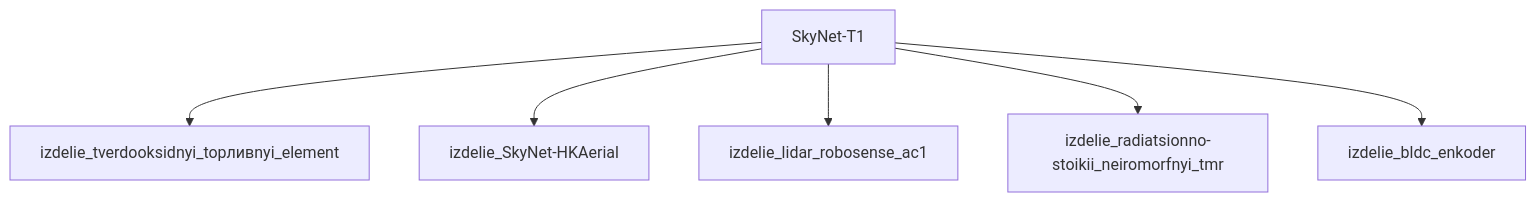
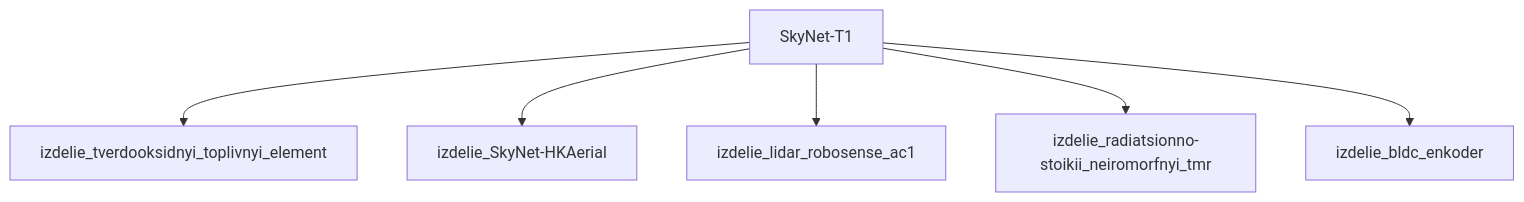
The diagram in результаты/модели/t1/фантастическая реализация/_index.md (a-m-e-n-t-e-t/SkyNet), drawn with Mermaid before and after one commit. The commit also changed other lines of this file and 53 other files, not shown here.

````diff
--- a/результаты/модели/t1/фантастическая реализация/_index.md
+++ b/результаты/модели/t1/фантастическая реализация/_index.md
@@ -172,14 +121,14 @@
 ```mermaid
 graph TD
     SkyNet_T1["SkyNet-T1"]
-    izdelie_tverdooksidnyi_top___nyi_element["izdelie_tverdooksidnyi_topливnyi_element"]
-    SkyNet_T1 --> izdelie_tverdooksidnyi_top___nyi_element
+    izdelie_tverdooksidnyi_toplivnyi_element["izdelie_tverdooksidnyi_toplivnyi_element"]
+    SkyNet_T1 --> izdelie_tverdooksidnyi_toplivnyi_element
     izdelie_SkyNet_HKAerial["izdelie_SkyNet-HKAerial"]
     SkyNet_T1 --> izdelie_SkyNet_HKAerial
     izdelie_lidar_robosense_ac1["izdelie_lidar_robosense_ac1"]
     SkyNet_T1 --> izdelie_lidar_robosense_ac1
     izdelie_radiatsionno_stoikii_neiromorfnyi_tmr["izdelie_radiatsionno-stoikii_neiromorfnyi_tmr"]
     SkyNet_T1 --> izdelie_radiatsionno_stoikii_neiromorfnyi_tmr
     izdelie_bldc_enkoder["izdelie_bldc_enkoder"]
     SkyNet_T1 --> izdelie_bldc_enkoder
 ```
````
